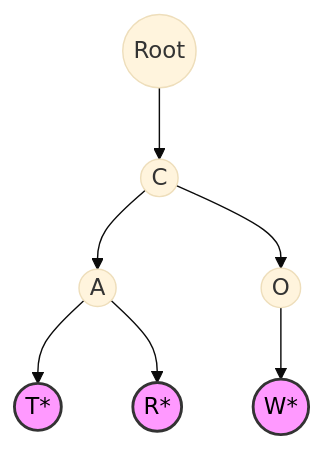
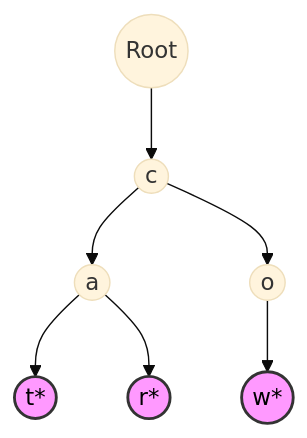
The first of 2 diagrams in frontend/src/features/docs/content/tree-graph/advanced-trees.md (maitieubao/VisualizationDSA), drawn with Mermaid (base theme) before and after one commit. The commit also changed other lines of this file and 570 other files, not shown here.

````diff
--- a/frontend/src/features/docs/content/tree-graph/advanced-trees.md
+++ b/frontend/src/features/docs/content/tree-graph/advanced-trees.md
@@ -33,12 +33,12 @@
 ```mermaid
 graph TD
-    Root((Root)) --> C((C))
-    C --> A((A))
-    C --> O((O))
-    A --> T((T*))
-    A --> R((R*))
-    O --> W((W*))
+    Root((Root)) --> C((c))
+    C --> A((a))
+    C --> O((o))
+    A --> T((t*))
+    A --> R((r*))
+    O --> W((w*))
     
     classDef endNode fill:#f9f,stroke:#333,stroke-width:2px,color:#000;
     class T,R,W endNode;
 ```
````
